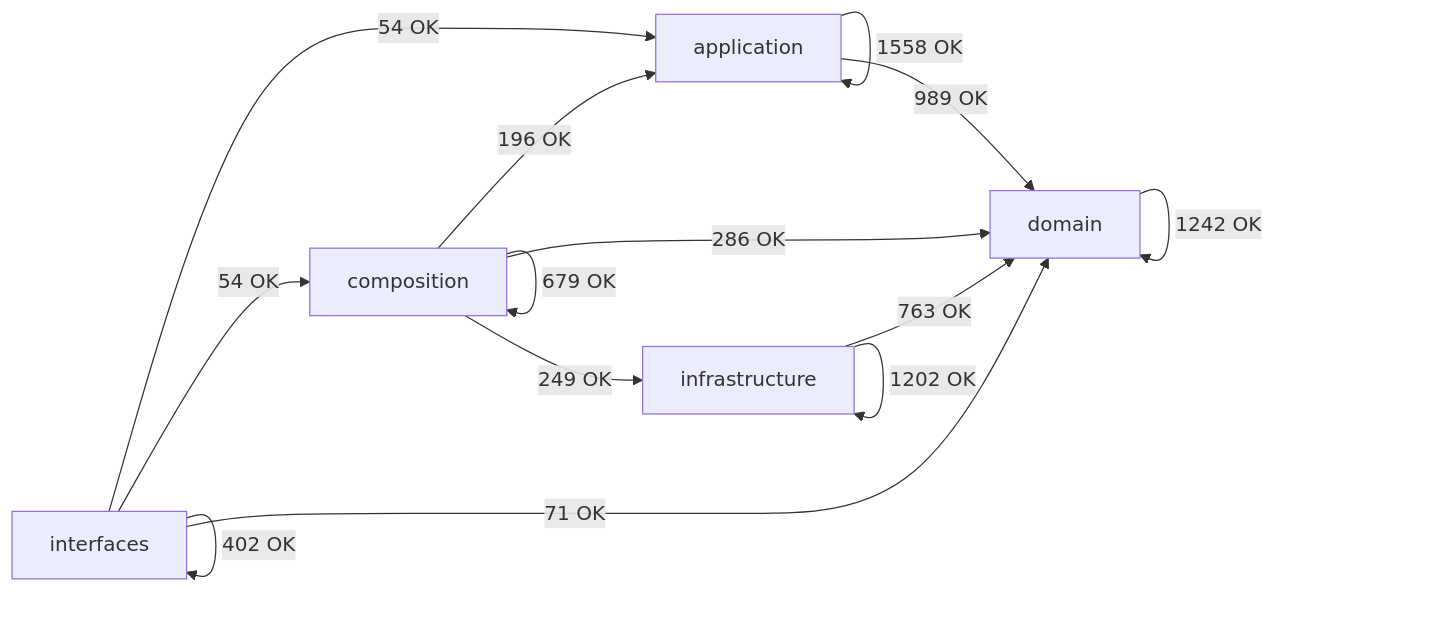
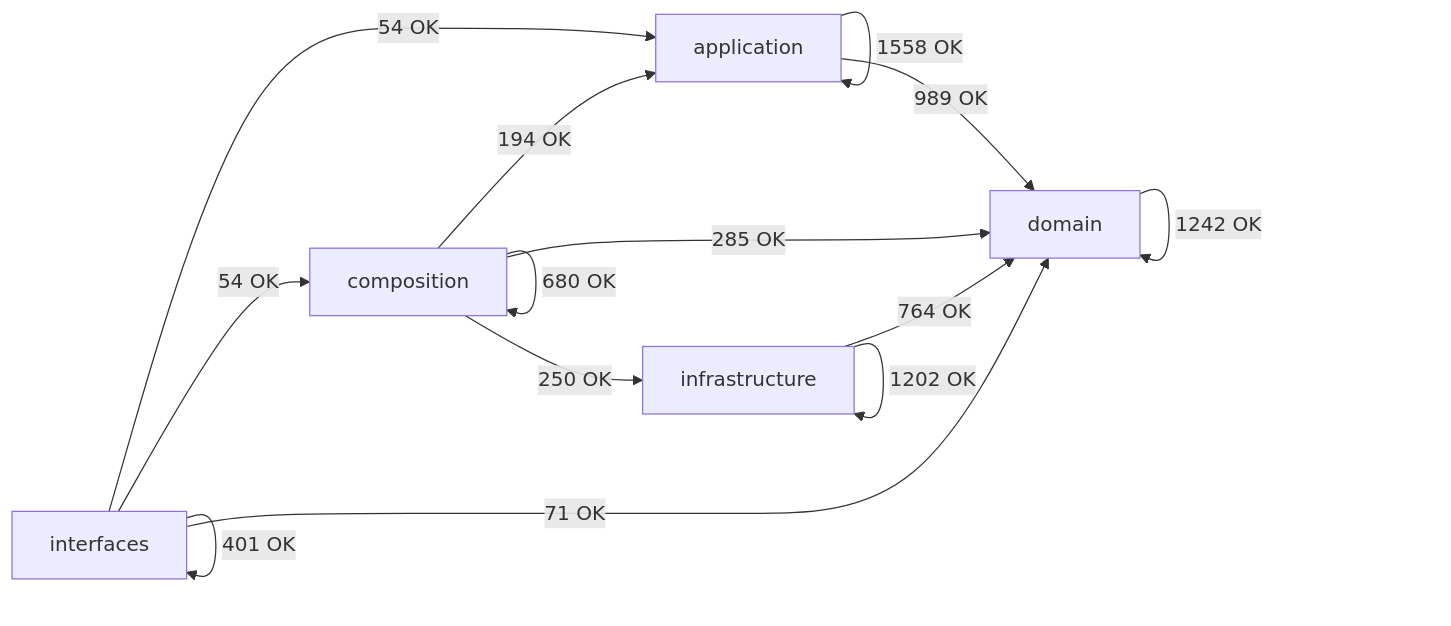
One commit to SatoryKono/BioactivityDataAcquisition changed the diagram in docs/02-architecture/generated/module-dependency-map.md. Above: the diagram before and after it, drawn with Mermaid. The commit also changed other lines of this file and 13 other files, not shown here.

````diff
--- a/docs/02-architecture/generated/module-dependency-map.md
+++ b/docs/02-architecture/generated/module-dependency-map.md
@@ -17,21 +17,21 @@
 ```mermaid
 flowchart LR
     domain[domain]
     application[application]
     infrastructure[infrastructure]
     composition[composition]
     interfaces[interfaces]
     application -->|1558 OK| application
     application -->|989 OK| domain
-    composition -->|196 OK| application
-    composition -->|679 OK| composition
-    composition -->|286 OK| domain
-    composition -->|249 OK| infrastructure
+    composition -->|194 OK| application
+    composition -->|680 OK| composition
+    composition -->|285 OK| domain
+    composition -->|250 OK| infrastructure
     domain -->|1242 OK| domain
-    infrastructure -->|763 OK| domain
+    infrastructure -->|764 OK| domain
     infrastructure -->|1202 OK| infrastructure
     interfaces -->|54 OK| application
     interfaces -->|54 OK| composition
     interfaces -->|71 OK| domain
-    interfaces -->|402 OK| interfaces
+    interfaces -->|401 OK| interfaces
 ```
````
